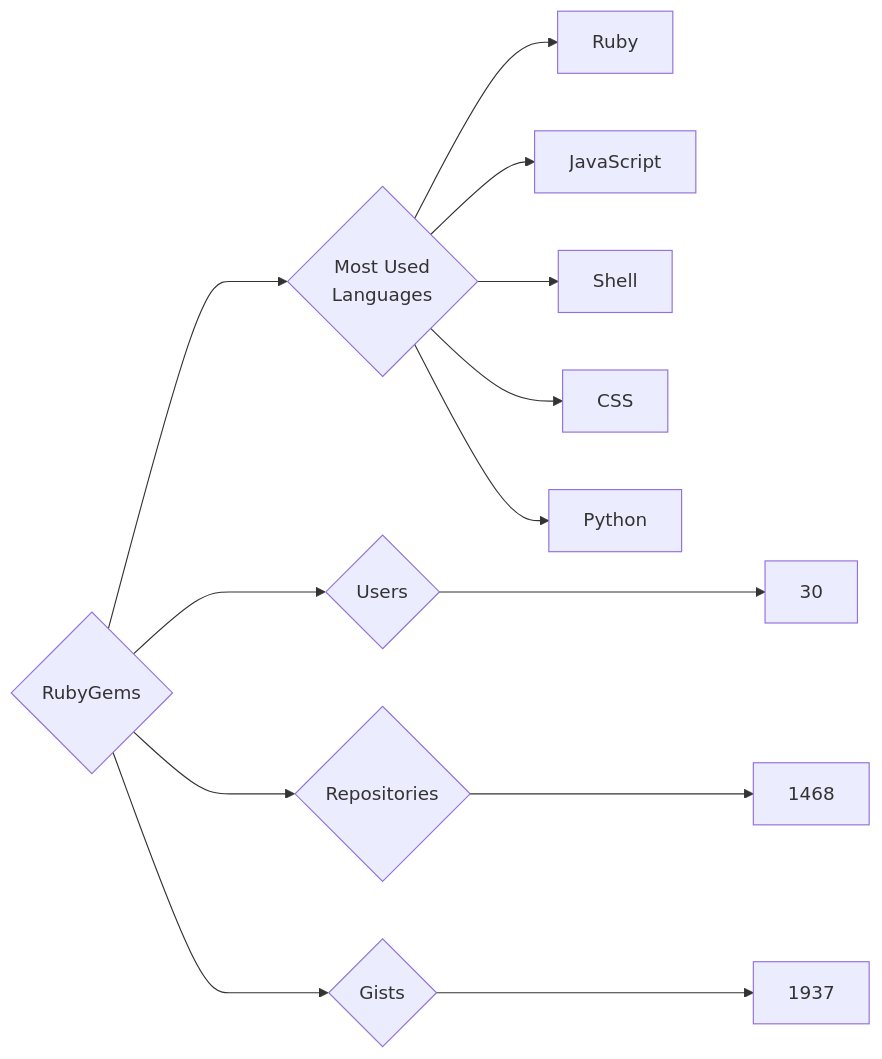
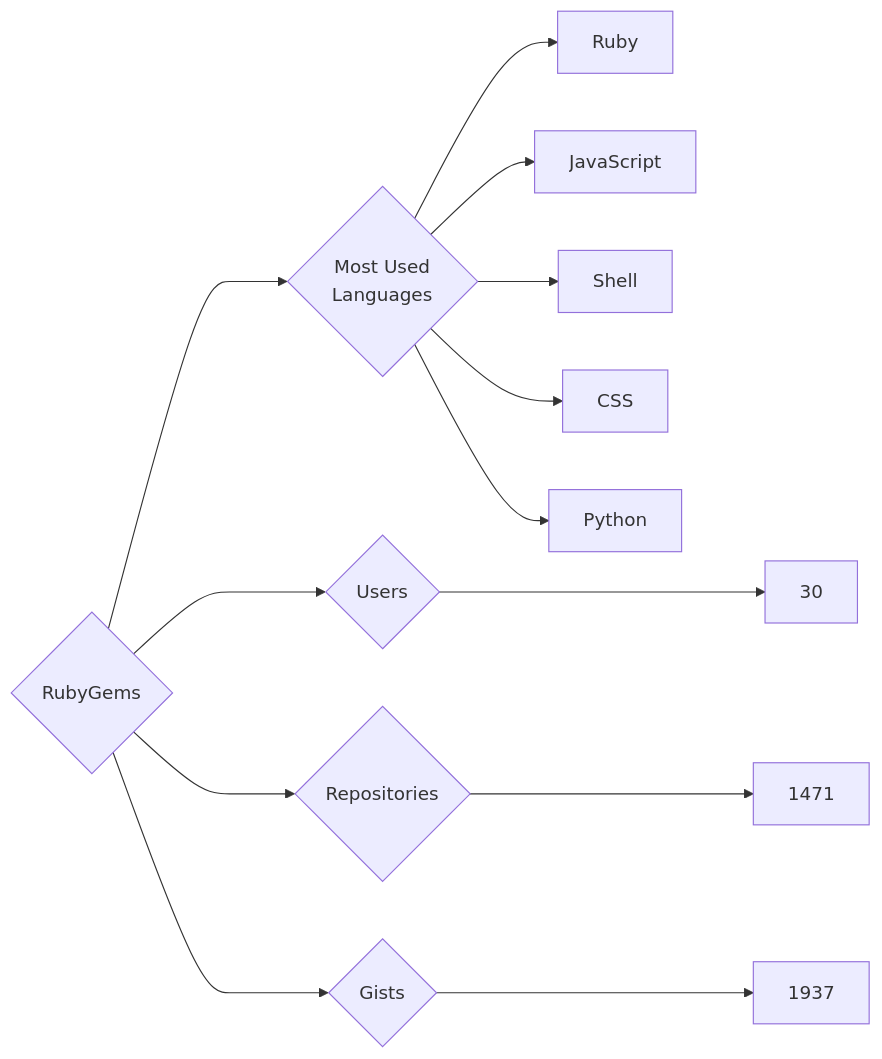
One commit to trickest/insiders changed the diagram in targets/RubyGems/README.md. Above: the diagram before and after it, drawn with Mermaid. The commit also changed 799 other files, not shown here.

````diff
--- a/targets/RubyGems/README.md
+++ b/targets/RubyGems/README.md
@@ -3,13 +3,13 @@
 ```mermaid
 graph LR
 COMPANY_NAME{RubyGems}
 COMPANY_NAME ---> U{Users} ---> UN[30]
-COMPANY_NAME ---> R{Repositories} ---> RN[1468]
+COMPANY_NAME ---> R{Repositories} ---> RN[1471]
 COMPANY_NAME ---> G{Gists} ---> GN[1937]
 COMPANY_NAME ---> ML{Most Used<br>Languages}
 ML --> Ruby[Ruby]
 ML --> JavaScript[JavaScript]
 ML --> Shell[Shell]
 ML --> CSS[CSS]
 ML --> Python[Python]
 ```
````
